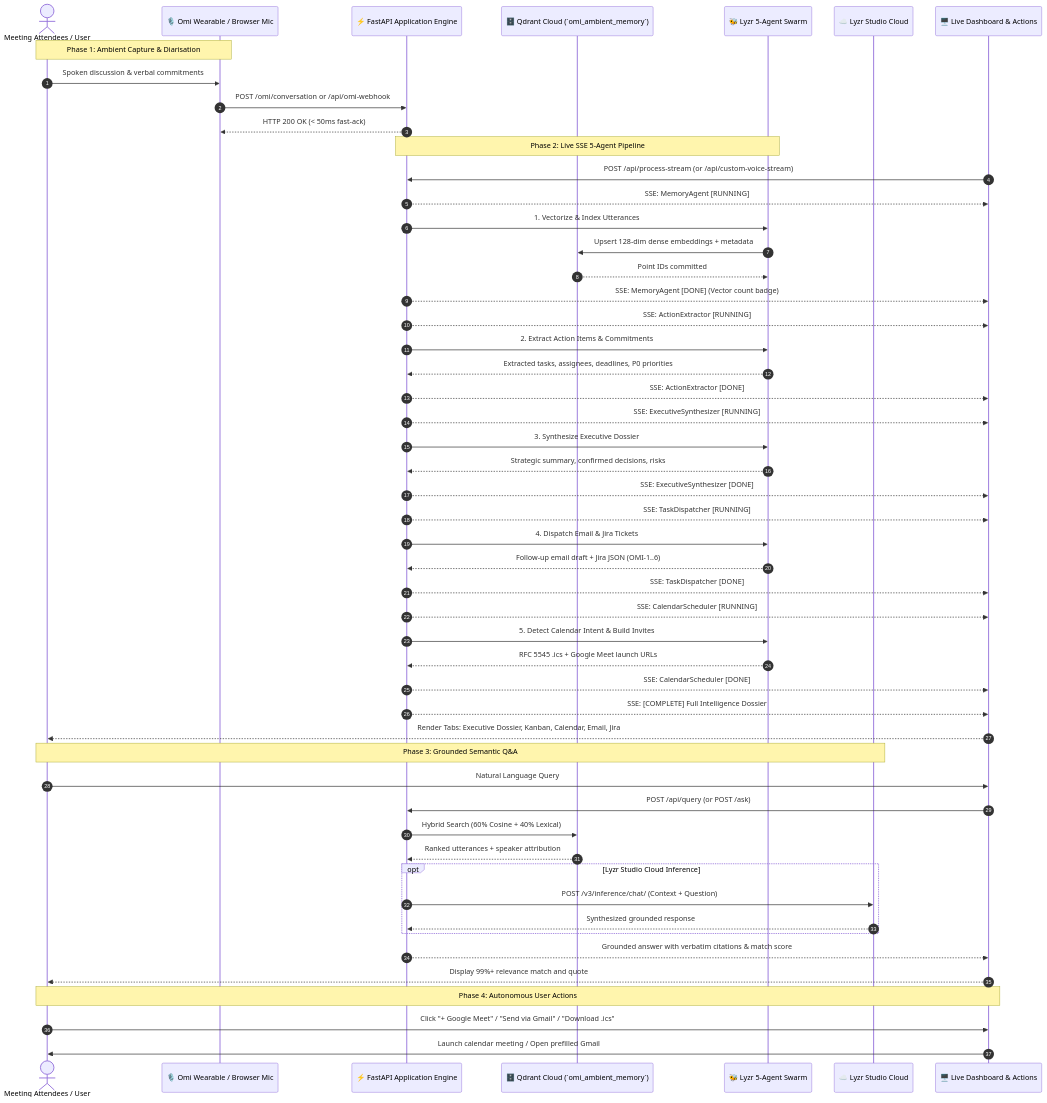
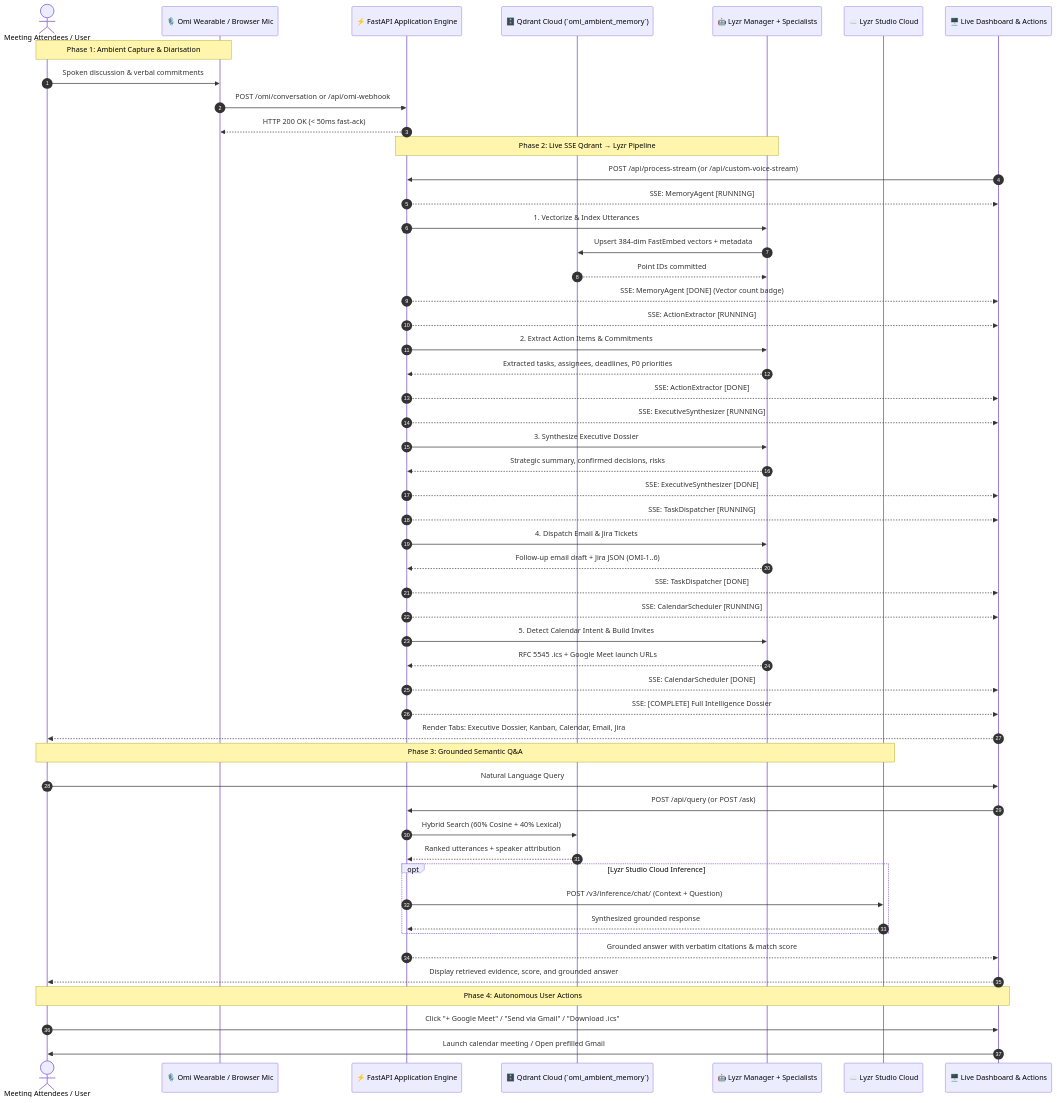
One commit to masood-mashu/omimind-agent changed the diagram in docs/EXECUTION_FLOW.md. Above: the diagram before and after it, drawn with Mermaid. The commit also changed other lines of this file and 21 other files, not shown here.

Commit message:
feat(hackathon): align architecture with official track 1 connected loop requirements

````diff
--- a/docs/EXECUTION_FLOW.md
+++ b/docs/EXECUTION_FLOW.md
@@ -9,63 +9,63 @@
 ```mermaid
 sequenceDiagram
     autonumber
     actor Attendee as Meeting Attendees / User
     participant Omi as 🎙️ Omi Wearable / Browser Mic
     participant FastAPIServer as ⚡ FastAPI Application Engine
     participant QdrantCloud as 🗄️ Qdrant Cloud (`omi_ambient_memory`)
-    participant Swarm as 🐝 Lyzr 5-Agent Swarm
+    participant Swarm as 🤖 Lyzr Manager + Specialists
     participant Studio as ☁️ Lyzr Studio Cloud
     participant Client as 🖥️ Live Dashboard & Actions
 
     Note over Attendee,Omi: Phase 1: Ambient Capture & Diarisation
     Attendee->>Omi: Spoken discussion & verbal commitments
     Omi->>FastAPIServer: POST /omi/conversation or /api/omi-webhook
     FastAPIServer-->>Omi: HTTP 200 OK (< 50ms fast-ack)
 
-    Note over FastAPIServer,Swarm: Phase 2: Live SSE 5-Agent Pipeline
+    Note over FastAPIServer,Swarm: Phase 2: Live SSE Qdrant → Lyzr Pipeline
     Client->>FastAPIServer: POST /api/process-stream (or /api/custom-voice-stream)
     FastAPIServer-->>Client: SSE: MemoryAgent [RUNNING]
     FastAPIServer->>Swarm: 1. Vectorize & Index Utterances
-    Swarm->>QdrantCloud: Upsert 128-dim dense embeddings + metadata
+    Swarm->>QdrantCloud: Upsert 384-dim FastEmbed vectors + metadata
     QdrantCloud-->>Swarm: Point IDs committed
     FastAPIServer-->>Client: SSE: MemoryAgent [DONE] (Vector count badge)
 
     FastAPIServer-->>Client: SSE: ActionExtractor [RUNNING]
     FastAPIServer->>Swarm: 2. Extract Action Items & Commitments
     Swarm-->>FastAPIServer: Extracted tasks, assignees, deadlines, P0 priorities
     FastAPIServer-->>Client: SSE: ActionExtractor [DONE]
 
     FastAPIServer-->>Client: SSE: ExecutiveSynthesizer [RUNNING]
     FastAPIServer->>Swarm: 3. Synthesize Executive Dossier
     Swarm-->>FastAPIServer: Strategic summary, confirmed decisions, risks
     FastAPIServer-->>Client: SSE: ExecutiveSynthesizer [DONE]
 
     FastAPIServer-->>Client: SSE: TaskDispatcher [RUNNING]
     FastAPIServer->>Swarm: 4. Dispatch Email & Jira Tickets
     Swarm-->>FastAPIServer: Follow-up email draft + Jira JSON (OMI-1..6)
     FastAPIServer-->>Client: SSE: TaskDispatcher [DONE]
 
     FastAPIServer-->>Client: SSE: CalendarScheduler [RUNNING]
     FastAPIServer->>Swarm: 5. Detect Calendar Intent & Build Invites
     Swarm-->>FastAPIServer: RFC 5545 .ics + Google Meet launch URLs
     FastAPIServer-->>Client: SSE: CalendarScheduler [DONE]
 
     FastAPIServer-->>Client: SSE: [COMPLETE] Full Intelligence Dossier
     Client-->>Attendee: Render Tabs: Executive Dossier, Kanban, Calendar, Email, Jira
 
     Note over Attendee,Studio: Phase 3: Grounded Semantic Q&A
     Attendee->>Client: Natural Language Query
     Client->>FastAPIServer: POST /api/query (or POST /ask)
     FastAPIServer->>QdrantCloud: Hybrid Search (60% Cosine + 40% Lexical)
     QdrantCloud-->>FastAPIServer: Ranked utterances + speaker attribution
     opt Lyzr Studio Cloud Inference
         FastAPIServer->>Studio: POST /v3/inference/chat/ (Context + Question)
         Studio-->>FastAPIServer: Synthesized grounded response
     end
     FastAPIServer-->>Client: Grounded answer with verbatim citations & match score
-    Client-->>Attendee: Display 99%+ relevance match and quote
+    Client-->>Attendee: Display retrieved evidence, score, and grounded answer
 
     Note over Attendee,Client: Phase 4: Autonomous User Actions
     Attendee->>Client: Click "+ Google Meet" / "Send via Gmail" / "Download .ics"
     Client->>Attendee: Launch calendar meeting / Open prefilled Gmail
 ```
````
